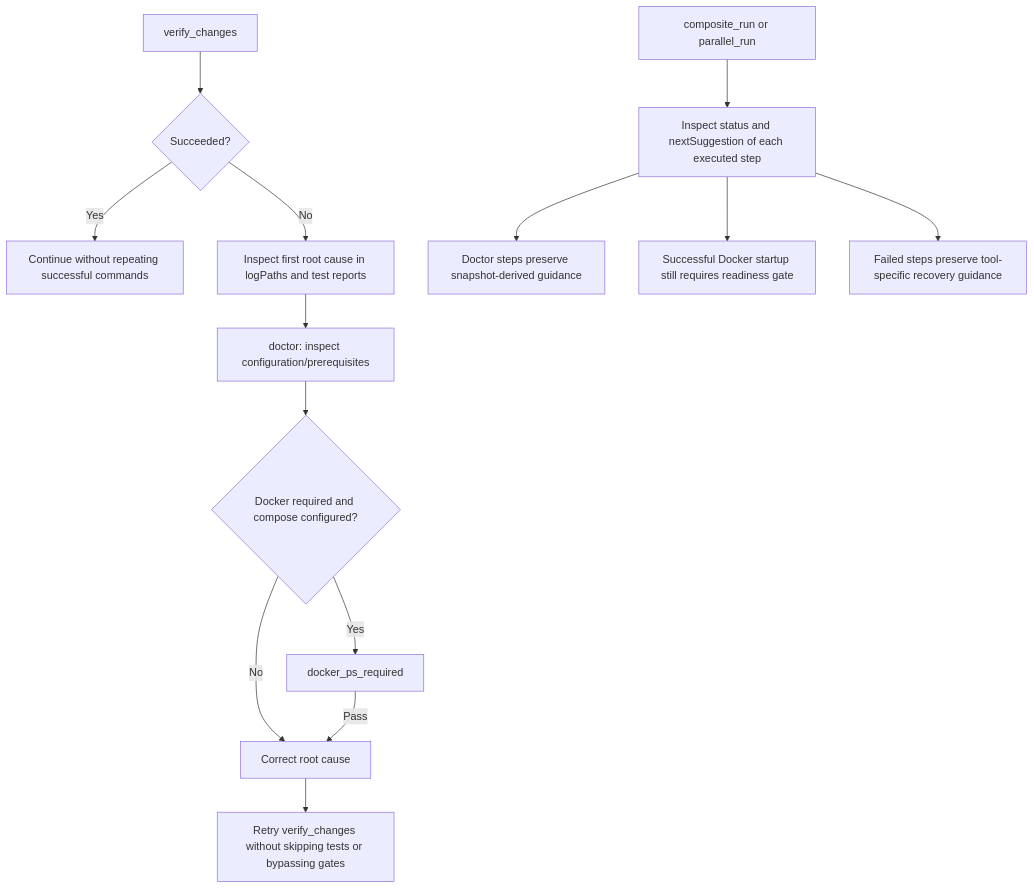
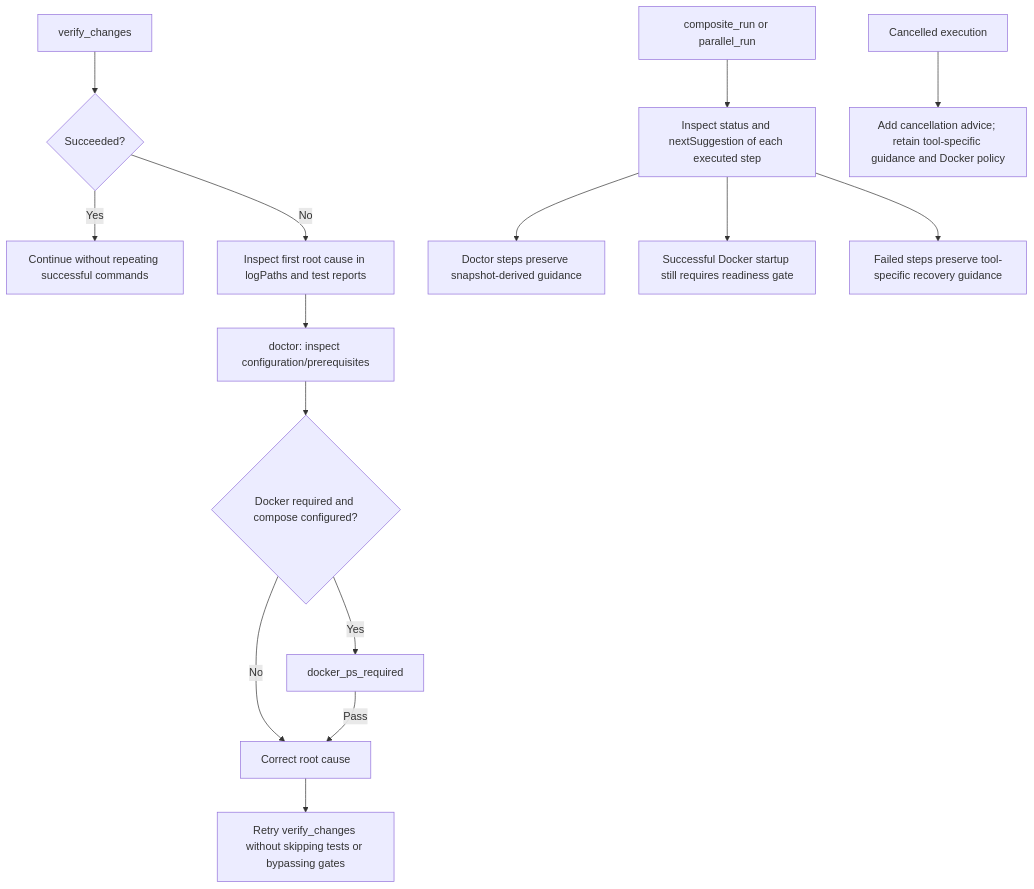
Before and after one commit to antonillos/makevn: the fourth of 5 diagrams in docs/workflow-guidance.md, drawn with Mermaid. The commit also changed other lines of this file and 12 other files, not shown here.

````diff
--- a/docs/workflow-guidance.md
+++ b/docs/workflow-guidance.md
@@ -69,16 +87,17 @@
 ```mermaid
 flowchart TD
     VERIFY[verify_changes] --> RESULT{Succeeded?}
     RESULT -->|Yes| NEXT[Continue without repeating successful commands]
     RESULT -->|No| LOG[Inspect first root cause in logPaths and test reports]
     LOG --> DOC[doctor: inspect configuration/prerequisites]
     DOC --> DOCKER{Docker required and compose configured?}
     DOCKER -->|Yes| GATE[docker_ps_required]
     DOCKER -->|No| FIX[Correct root cause]
     GATE -->|Pass| FIX
     FIX --> RETRY[Retry verify_changes without skipping tests or bypassing gates]
     WORKFLOW[composite_run or parallel_run] --> STEPS[Inspect status and nextSuggestion of each executed step]
     STEPS --> DYNAMIC[Doctor steps preserve snapshot-derived guidance]
     STEPS --> SUCCESS[Successful Docker startup still requires readiness gate]
     STEPS --> FAIL[Failed steps preserve tool-specific recovery guidance]
+    CANCEL[Cancelled execution] --> PRESERVE[Add cancellation advice; retain tool-specific guidance and Docker policy]
 ```
````
